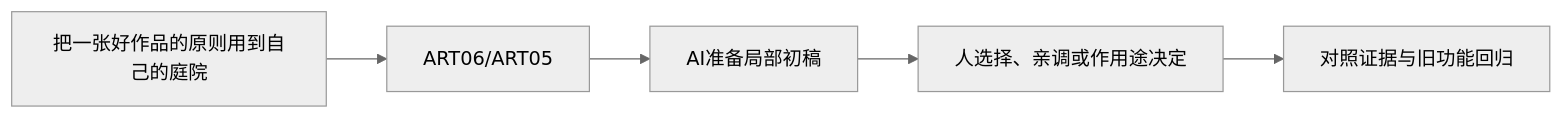
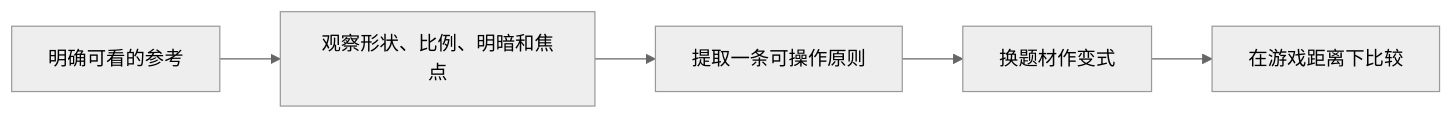
The diagram in curriculum/lessons/R04.md (Zilur/ai-3d-game-learning), drawn with Mermaid (neutral theme) before and after one commit. The commit also changed other lines of this file and 164 other files, not shown here.

Commit message:
docs: publish 47 step-by-step AI lesson flows, world upgrade and optional training corner

````diff
--- a/curriculum/lessons/R04.md
+++ b/curriculum/lessons/R04.md
@@ -38,7 +35,7 @@
 ```mermaid
 flowchart LR
-  S["把一张好作品的原则用到自己的庭院"] --> K["ART06/ART05"]
-  K --> AI["AI准备局部初稿"]
-  AI --> H["人选择、亲调或作用途决定"]
-  H --> V["对照证据与旧功能回归"]
+ R["明确可看的参考"] --> O["观察形状、比例、明暗和焦点"]
+ O --> C["提取一条可操作原则"]
+ C --> V["换题材作变式"]
+ V --> G["在游戏距离下比较"]
 ```
````
